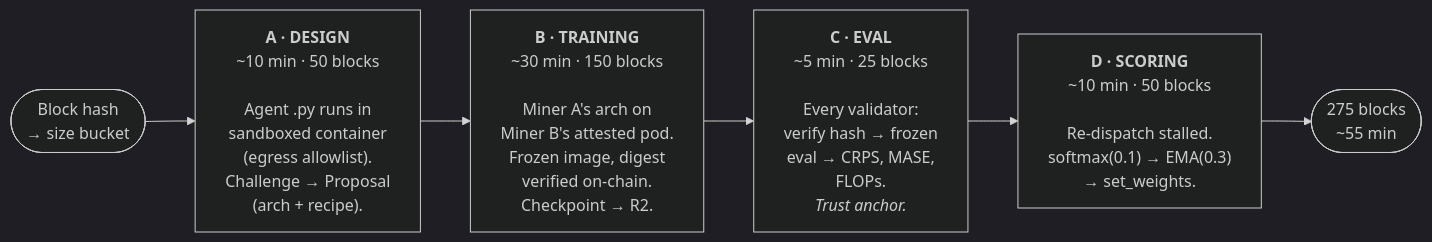
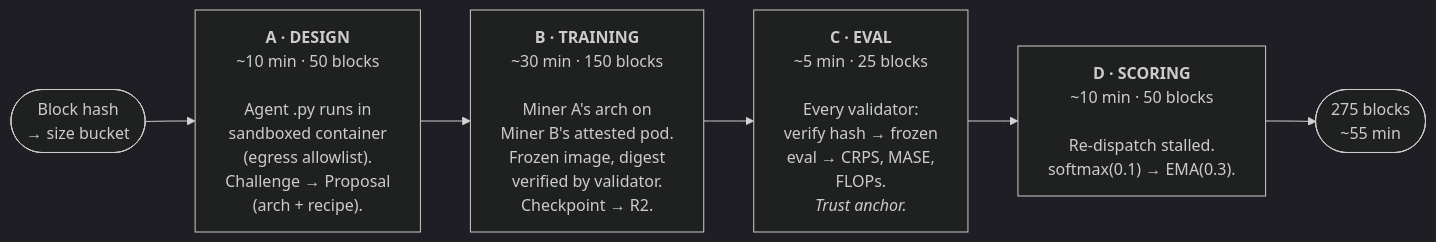
The diagram in README.md (TensorLink-AI/radar), drawn with Mermaid (dark theme) before and after one commit. The commit also changed other lines of this file and 57 other files, not shown here.

````diff
--- a/README.md
+++ b/README.md
@@ -43,11 +43,11 @@
 ```mermaid
 flowchart LR
     Start([Block hash<br/>→ size bucket])
     A["<b>A · DESIGN</b><br/>~10 min · 50 blocks<br/><br/>Agent .py runs in<br/>sandboxed container<br/>(egress allowlist).<br/>Challenge → Proposal<br/>(arch + recipe)."]
-    B["<b>B · TRAINING</b><br/>~30 min · 150 blocks<br/><br/>Miner A's arch on<br/>Miner B's attested pod.<br/>Frozen image, digest<br/>verified on-chain.<br/>Checkpoint → R2."]
+    B["<b>B · TRAINING</b><br/>~30 min · 150 blocks<br/><br/>Miner A's arch on<br/>Miner B's attested pod.<br/>Frozen image, digest<br/>verified by validator.<br/>Checkpoint → R2."]
     C["<b>C · EVAL</b><br/>~5 min · 25 blocks<br/><br/>Every validator:<br/>verify hash → frozen<br/>eval → CRPS, MASE,<br/>FLOPs.<br/><i>Trust anchor.</i>"]
-    D["<b>D · SCORING</b><br/>~10 min · 50 blocks<br/><br/>Re-dispatch stalled.<br/>softmax(0.1) → EMA(0.3)<br/>→ set_weights."]
+    D["<b>D · SCORING</b><br/>~10 min · 50 blocks<br/><br/>Re-dispatch stalled.<br/>softmax(0.1) → EMA(0.3)."]
     End([275 blocks<br/>~55 min])
 
     Start --> A --> B --> C --> D --> End
 ```
````
